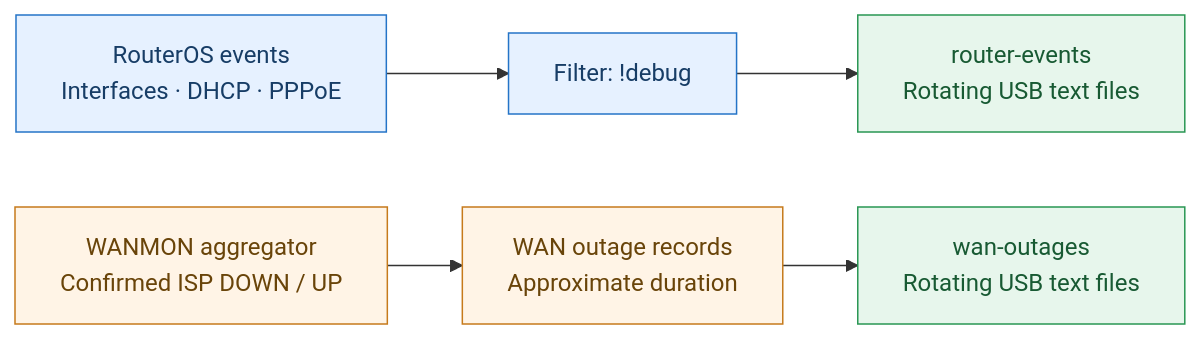
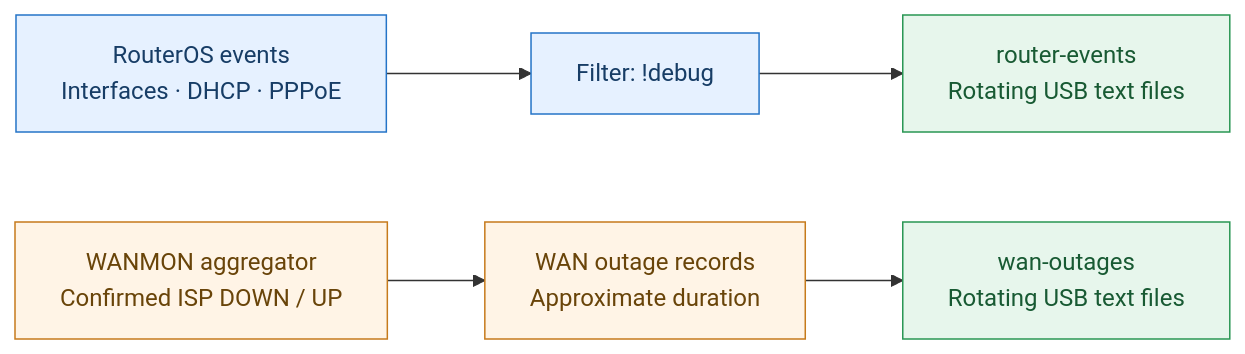
One commit to london36/mikrotik-dualwan-pcc-failover-monitoring changed the diagram in docs/mermaid-logging-preview.md. Above: the diagram before and after it, drawn with Mermaid. The commit also changed other lines of this file, not shown here.

Commit message:
docs: test equal minimum-width boxes in horizontal logging diagram

````diff
--- a/docs/mermaid-logging-preview.md
+++ b/docs/mermaid-logging-preview.md
@@ -7,20 +7,21 @@
 ```mermaid
+%%{init: {"flowchart": {"minNodeWidth": 300, "nodeSpacing": 60, "rankSpacing": 65, "curve": "linear"}}}%%
 flowchart LR
     E["RouterOS events<br/>Interfaces · DHCP · PPPoE"]
     F["Filter: !debug"]
     G["router-events<br/>Rotating USB text files"]
 
     W["WANMON aggregator<br/>Confirmed ISP DOWN / UP"]
     R["WAN outage records<br/>Approximate duration"]
     U["wan-outages<br/>Rotating USB text files"]
 
     E --> F --> G
     W --> R --> U
 
     classDef general fill:#e6f1ff,stroke:#2474c7,color:#173d66
     classDef outage fill:#fff4e6,stroke:#c67a1b,color:#694409
     classDef storage fill:#e7f6ec,stroke:#299653,color:#185a33
     class E,F general
     class W,R outage
     class G,U storage
 ```
````
